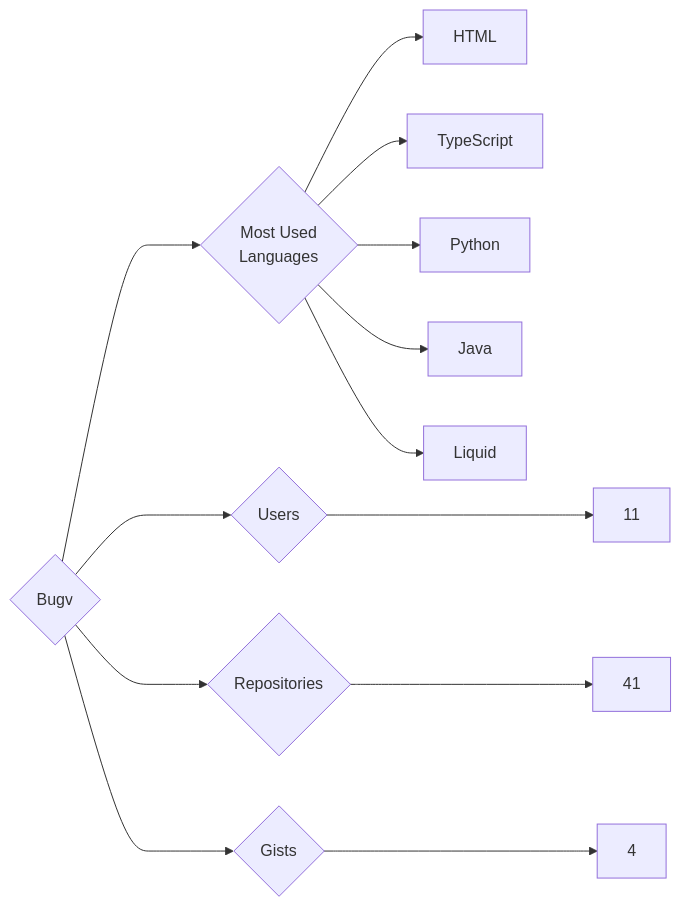
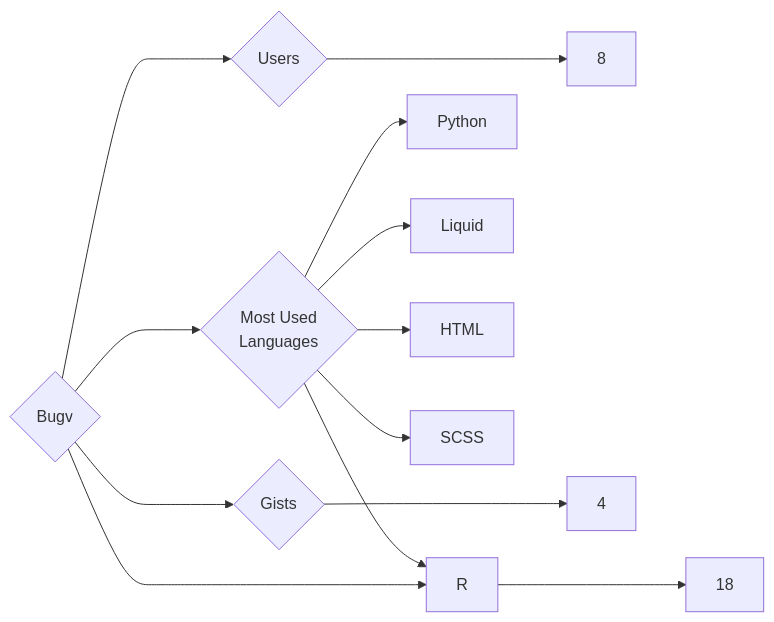
One commit to trickest/insiders changed the diagram in targets/Bugv/README.md. Above: the diagram before and after it, drawn with Mermaid. The commit also changed 1148 other files, not shown here.

````diff
--- a/targets/Bugv/README.md
+++ b/targets/Bugv/README.md
@@ -3,13 +3,13 @@
 ```mermaid
 graph LR
 COMPANY_NAME{Bugv}
-COMPANY_NAME ---> U{Users} ---> UN[11]
-COMPANY_NAME ---> R{Repositories} ---> RN[41]
+COMPANY_NAME ---> U{Users} ---> UN[8]
+COMPANY_NAME ---> R{Repositories} ---> RN[18]
 COMPANY_NAME ---> G{Gists} ---> GN[4]
 COMPANY_NAME ---> ML{Most Used<br>Languages}
+ML --> Python[Python]
+ML --> Liquid[Liquid]
 ML --> HTML[HTML]
-ML --> TypeScript[TypeScript]
-ML --> Python[Python]
-ML --> Java[Java]
-ML --> Liquid[Liquid]
+ML --> SCSS[SCSS]
+ML --> R[R]
 ```
````
